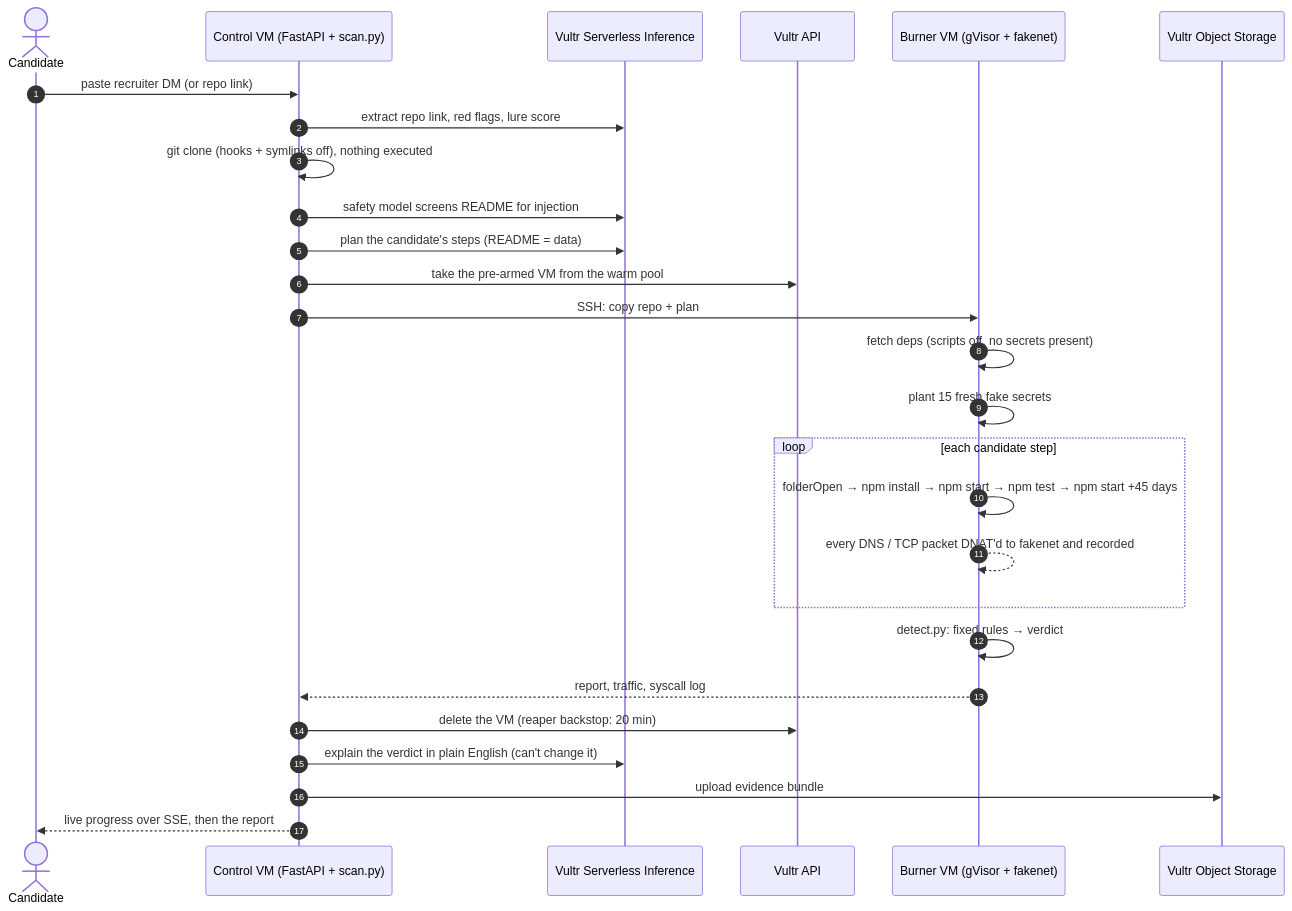
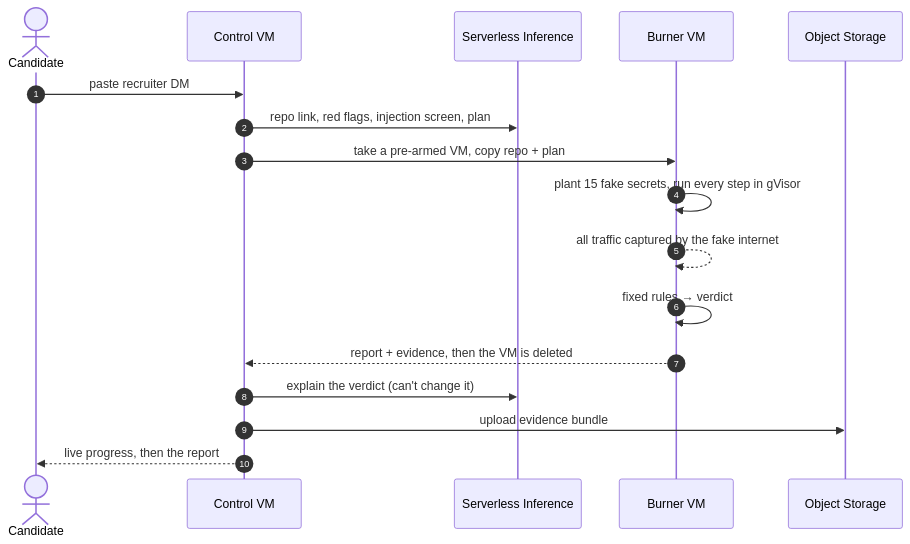
The diagram in README.md (Maheswar-Sah00/burner), drawn with Mermaid before and after one commit. The commit also changed other lines of this file and 3 other files, not shown here.

````diff
--- a/README.md
+++ b/README.md
@@ -244,30 +102,19 @@
 ```mermaid
 sequenceDiagram
     autonumber
     actor C as Candidate
-    participant W as Control VM (FastAPI + scan.py)
-    participant L as Vultr Serverless Inference
-    participant V as Vultr API
-    participant B as Burner VM (gVisor + fakenet)
-    participant S as Vultr Object Storage
-
-    C->>W: paste recruiter DM (or repo link)
-    W->>L: extract repo link, red flags, lure score
-    W->>W: git clone (hooks + symlinks off), nothing executed
-    W->>L: safety model screens README for injection
-    W->>L: plan the candidate's steps (README = data)
-    W->>V: take the pre-armed VM from the warm pool
-    W->>B: SSH: copy repo + plan
-    B->>B: fetch deps (scripts off, no secrets present)
-    B->>B: plant 15 fresh fake secrets
-    loop each candidate step
-        B->>B: folderOpen → npm install → npm start → npm test → npm start +45 days
-        B-->>B: every DNS / TCP packet DNAT'd to fakenet and recorded
-    end
-    B->>B: detect.py: fixed rules → verdict
-    B-->>W: report, traffic, syscall log
-    W->>V: delete the VM (reaper backstop: 20 min)
-    W->>L: explain the verdict in plain English (can't change it)
+    participant W as Control VM
+    participant L as Serverless Inference
+    participant B as Burner VM
+    participant S as Object Storage
+    C->>W: paste recruiter DM
+    W->>L: repo link, red flags, injection screen, plan
+    W->>B: take a pre-armed VM, copy repo + plan
+    B->>B: plant 15 fake secrets, run every step in gVisor
+    B-->>B: all traffic captured by the fake internet
+    B->>B: fixed rules → verdict
+    B-->>W: report + evidence, then the VM is deleted
+    W->>L: explain the verdict (can't change it)
     W->>S: upload evidence bundle
-    W-->>C: live progress over SSE, then the report
+    W-->>C: live progress, then the report
 ```
````
